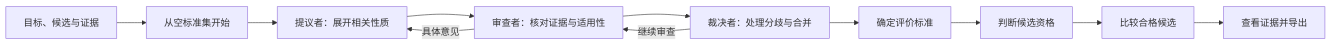
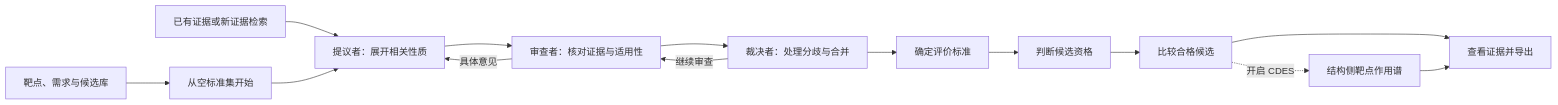
Before and after one commit to YWDDLiang03/mas: the diagram in README.zh-CN.md, drawn with Mermaid. The commit also changed other lines of this file and 90 other files, not shown here.

````diff
--- a/README.zh-CN.md
+++ b/README.zh-CN.md
@@ -11,13 +11,16 @@
 ```mermaid
 flowchart LR
-    A[目标、候选与证据] --> B[从空标准集开始]
+    A[靶点、需求与候选库] --> B[从空标准集开始]
+    L[已有证据或新证据检索] --> P
     B --> P[提议者：展开相关性质]
     P --> C[审查者：核对证据与适用性]
     C -->|具体意见| P
     C --> D[裁决者：处理分歧与合并]
     D -->|继续审查| C
     D --> E[确定评价标准]
     E --> F[判断候选资格]
     F --> G[比较合格候选]
     G --> H[查看证据并导出]
+    G -. 开启 CDES .-> S[结构侧靶点作用谱]
+    S --> H
 ```
````
